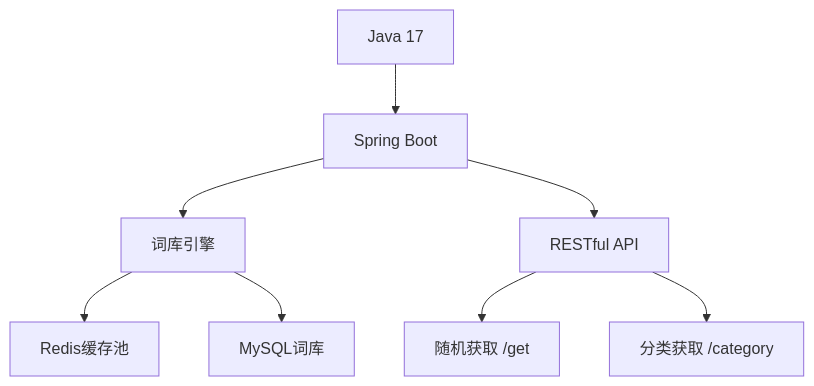
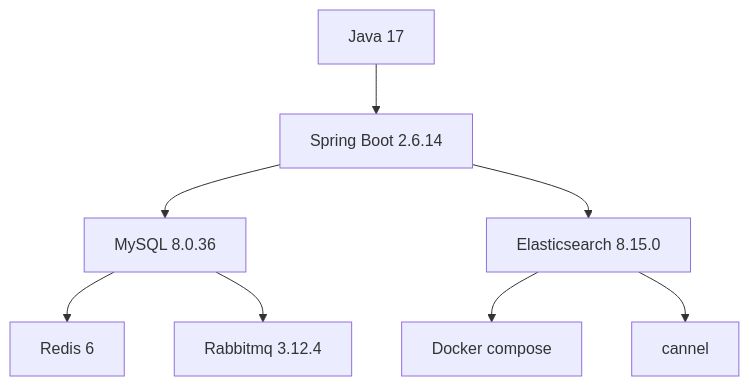
The diagram in README.md (Dddddduo/BalloonWords), drawn with Mermaid before and after one commit.

````diff
--- a/README.md
+++ b/README.md
@@ -71,10 +71,10 @@
 ```mermaid
 graph TD
-    A[Java 17] --> B[Spring Boot] 
-    B --> C[词库引擎]
-    C --> D[Redis缓存池]
-    C --> E[MySQL词库]
-    B --> F[RESTful API]
-    F --> G[随机获取 /get]
-    F --> H[分类获取 /category]
+    A[Java 17] --> B[Spring Boot 2.6.14] 
+    B --> C[MySQL 8.0.36]
+    C --> D[Redis 6]
+    C --> E[Rabbitmq 3.12.4]
+    B --> F[Elasticsearch 8.15.0]
+    F --> G[Docker compose]
+    F --> H[cannel]
 ```
````
